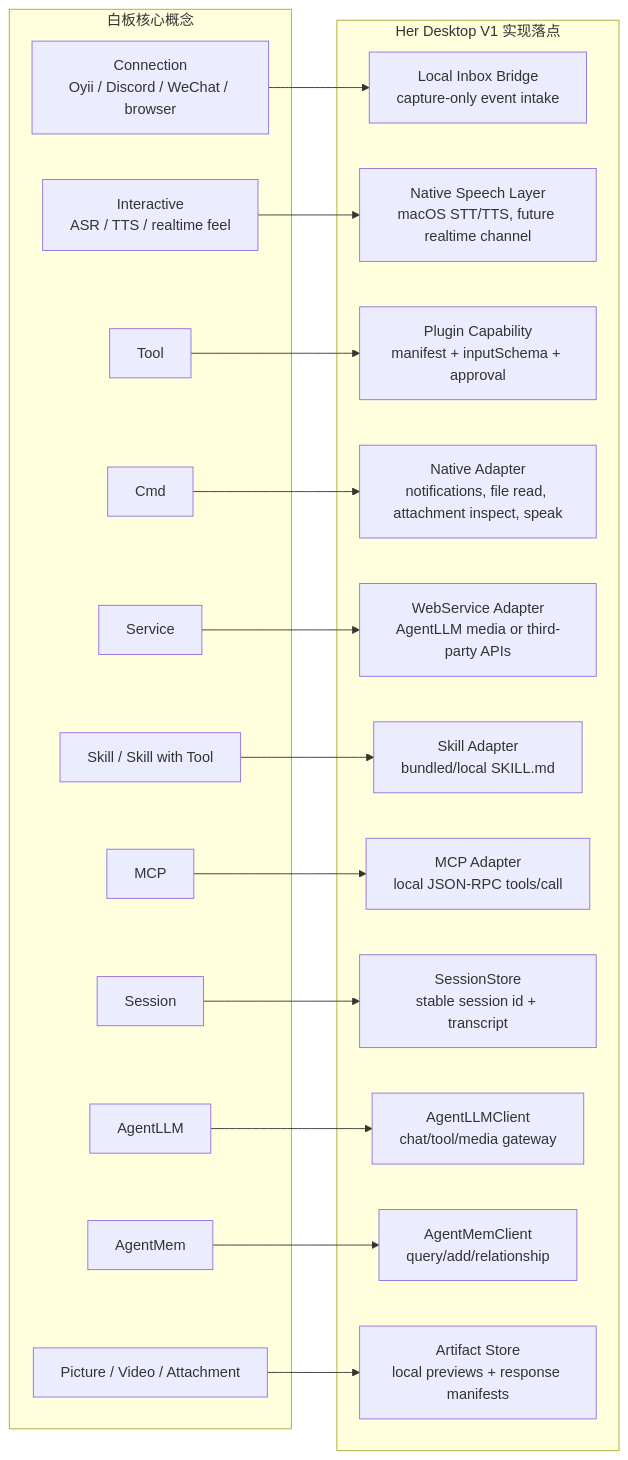
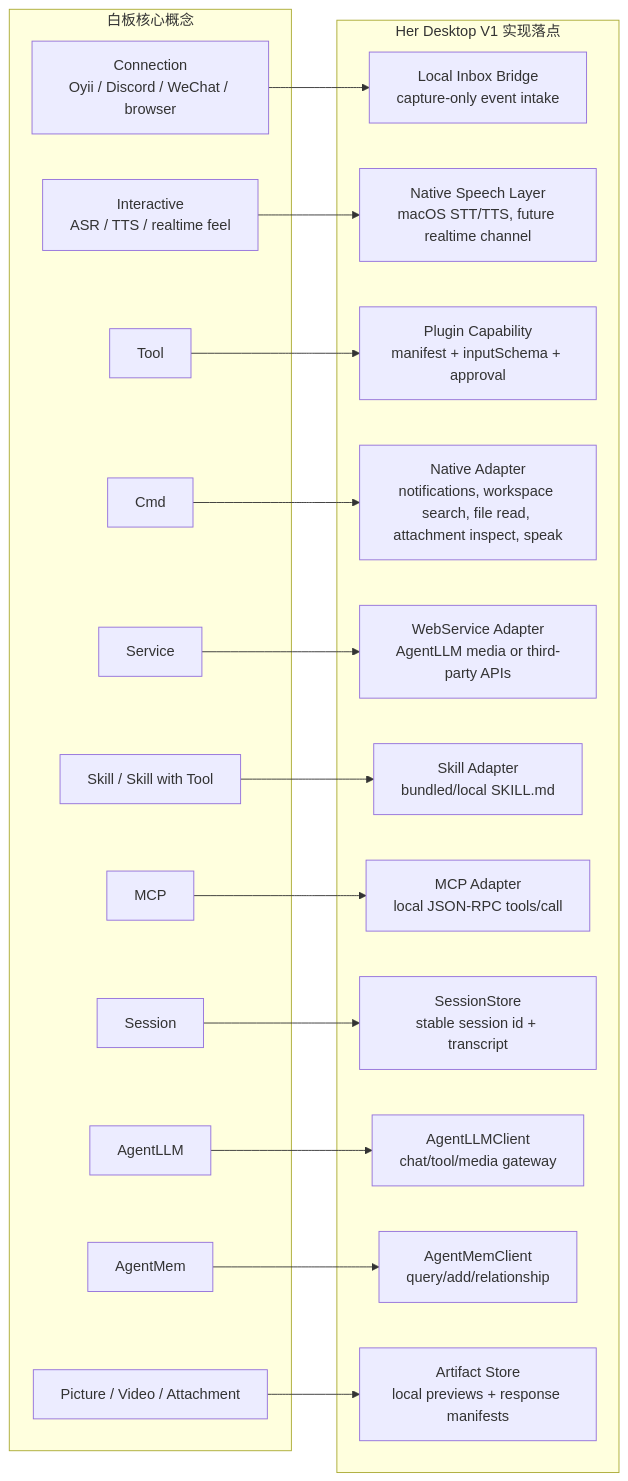
Before and after one commit to stelee410/her-desktop: the third of 7 diagrams in docs/her-desktop-architecture.md, drawn with Mermaid. The commit also changed other lines of this file and 5 other files, not shown here.

Commit message:
Add approved workspace search capability

````diff
--- a/docs/her-desktop-architecture.md
+++ b/docs/her-desktop-architecture.md
@@ -224,42 +224,42 @@
 ```mermaid
 flowchart LR
     subgraph sketch["白板核心概念"]
         connection["Connection<br/>Oyii / Discord / WeChat / browser"]
         interactive["Interactive<br/>ASR / TTS / realtime feel"]
         tool["Tool"]
         cmd["Cmd"]
         service["Service"]
         skill["Skill / Skill with Tool"]
         mcp2["MCP"]
         session2["Session"]
         agentLLM["AgentLLM"]
         agentMem["AgentMem"]
         media["Picture / Video / Attachment"]
     end
 
     subgraph implementation["Her Desktop V1 实现落点"]
         inbox2["Local Inbox Bridge<br/>capture-only event intake"]
         speech["Native Speech Layer<br/>macOS STT/TTS, future realtime channel"]
         cap["Plugin Capability<br/>manifest + inputSchema + approval"]
-        native2["Native Adapter<br/>notifications, file read, attachment inspect, speak"]
+        native2["Native Adapter<br/>notifications, workspace search, file read, attachment inspect, speak"]
         webservice2["WebService Adapter<br/>AgentLLM media or third-party APIs"]
         skill2["Skill Adapter<br/>bundled/local SKILL.md"]
         mcpAdapter["MCP Adapter<br/>local JSON-RPC tools/call"]
         sessionStore["SessionStore<br/>stable session id + transcript"]
         llmClient["AgentLLMClient<br/>chat/tool/media gateway"]
         memClient["AgentMemClient<br/>query/add/relationship"]
         artifactStore["Artifact Store<br/>local previews + response manifests"]
     end
 
     connection --> inbox2
     interactive --> speech
     tool --> cap
     cmd --> native2
     service --> webservice2
     skill --> skill2
     mcp2 --> mcpAdapter
     session2 --> sessionStore
     agentLLM --> llmClient
     agentMem --> memClient
     media --> artifactStore
 ```
````
